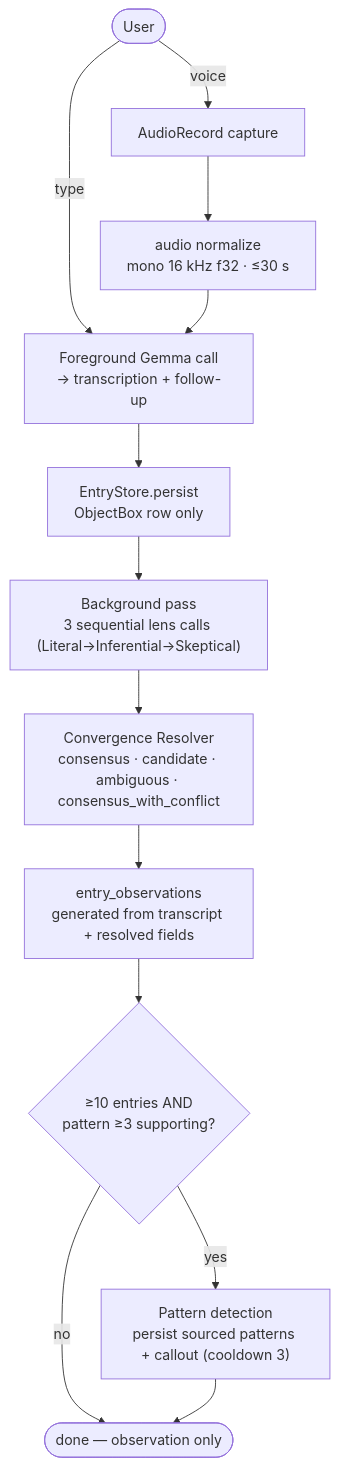
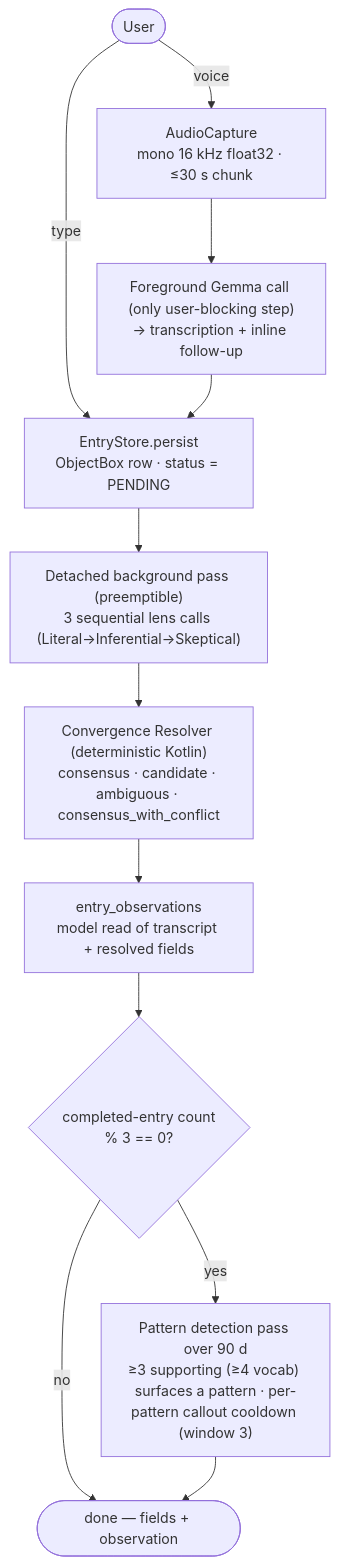
The fourth of 4 diagrams in docs/diagrams/architecture.md (anchildress1/vestige), drawn with Mermaid before and after one commit. The commit also changed other lines of this file and 19 other files, not shown here.

First line of the commit message:
docs: align diagram atlas, stories, README & spec docs to implementation (#62)

````diff
--- a/docs/diagrams/architecture.md
+++ b/docs/diagrams/architecture.md
@@ -90,18 +109,17 @@
 ```mermaid
 flowchart TB
     accTitle: End-to-end capture and extraction dataflow
-    accDescr: User records or types. Voice goes through AudioRecord then audio normalization to mono 16kHz float32 max 30s, then a foreground Gemma call returns transcription and one follow-up. EntryStore persists ObjectBox rows only. A background pass runs three sequential lens calls, the convergence resolver writes consensus, candidate, or ambiguous fields plus entry observations, then pattern detection runs when the threshold is met.
+    accDescr: User records or types. Voice is captured by AudioCapture as a mono 16kHz float32 chunk capped at 30 seconds, then a single foreground Gemma call returns transcription and an inline follow-up. Typed entries skip the foreground call. EntryStore persists an ObjectBox row marked PENDING. A detached background pass runs three sequential lens calls, the convergence resolver writes consensus, candidate, ambiguous, or consensus_with_conflict fields, entry observations are generated, then on every third completed entry a pattern detection pass runs over the 90-day window. Foreground capture preempts in-flight background work.
 
-    U(["User"]) -- voice --> AR["AudioRecord capture"]
-    U -- type --> FG
-    AR --> NORM["audio normalize<br/>mono 16 kHz f32 · ≤30 s"]
-    NORM --> FG["Foreground Gemma call<br/>→ transcription + follow-up"]
-    FG --> ES["EntryStore.persist<br/>ObjectBox row only"]
-    ES --> BG["Background pass<br/>3 sequential lens calls (Literal→Inferential→Skeptical)"]
-    BG --> CR["Convergence Resolver<br/>consensus · candidate · ambiguous · consensus_with_conflict"]
-    CR --> OBS["entry_observations<br/>generated from transcript + resolved fields"]
-    OBS --> PD{"≥10 entries AND<br/>pattern ≥3 supporting?"}
-    PD -- yes --> PAT["Pattern detection<br/>persist sourced patterns + callout (cooldown 3)"]
-    PD -- no --> Done(["done — observation only"])
+    U(["User"]) -- voice --> AR["AudioCapture<br/>mono 16 kHz float32 · ≤30 s chunk"]
+    U -- type --> ES
+    AR --> FG["Foreground Gemma call (only user-blocking step)<br/>→ transcription + inline follow-up"]
+    FG --> ES["EntryStore.persist<br/>ObjectBox row · status = PENDING"]
+    ES --> BG["Detached background pass (preemptible)<br/>3 sequential lens calls (Literal→Inferential→Skeptical)"]
+    BG --> CR["Convergence Resolver (deterministic Kotlin)<br/>consensus · candidate · ambiguous · consensus_with_conflict"]
+    CR --> OBS["entry_observations<br/>model read of transcript + resolved fields"]
+    OBS --> PD{"completed-entry count<br/>% 3 == 0?"}
+    PD -- yes --> PAT["Pattern detection pass over 90 d<br/>≥3 supporting (≥4 vocab) surfaces a pattern · per-pattern callout cooldown (window 3)"]
+    PD -- no --> Done(["done — fields + observation"])
     PAT --> Done
 ```
````
